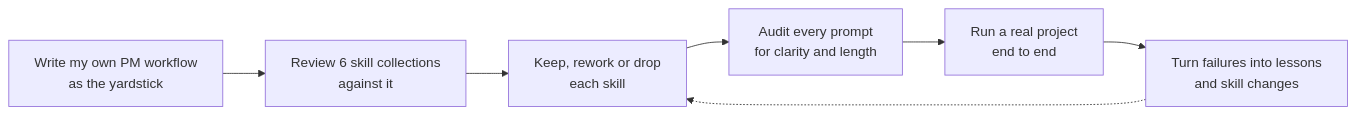
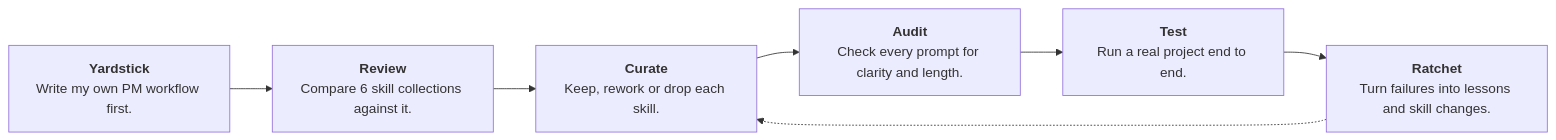
One commit to BishopSlice/pm-factory changed the third of 3 diagrams in README.md. Above: the diagram before and after it, drawn with Mermaid. The commit also changed other lines of this file, not shown here.

Commit message:
README: horizontal diagrams with titled steps

````diff
--- a/README.md
+++ b/README.md
@@ -65,9 +77,15 @@
 ```mermaid
 flowchart LR
-  W["Write my own PM workflow<br/>as the yardstick"] --> R["Review 6 skill collections<br/>against it"]
-  R --> K["Keep, rework or drop<br/>each skill"]
-  K --> A["Audit every prompt<br/>for clarity and length"]
-  A --> T["Run a real project<br/>end to end"]
-  T --> L["Turn failures into lessons<br/>and skill changes"]
+  W["`**Yardstick**
+  Write my own PM workflow first.`"] --> R["`**Review**
+  Compare 6 skill collections against it.`"]
+  R --> K["`**Curate**
+  Keep, rework or drop each skill.`"]
+  K --> A["`**Audit**
+  Check every prompt for clarity and length.`"]
+  A --> T["`**Test**
+  Run a real project end to end.`"]
+  T --> L["`**Ratchet**
+  Turn failures into lessons and skill changes.`"]
   L -.-> K
 ```
````
